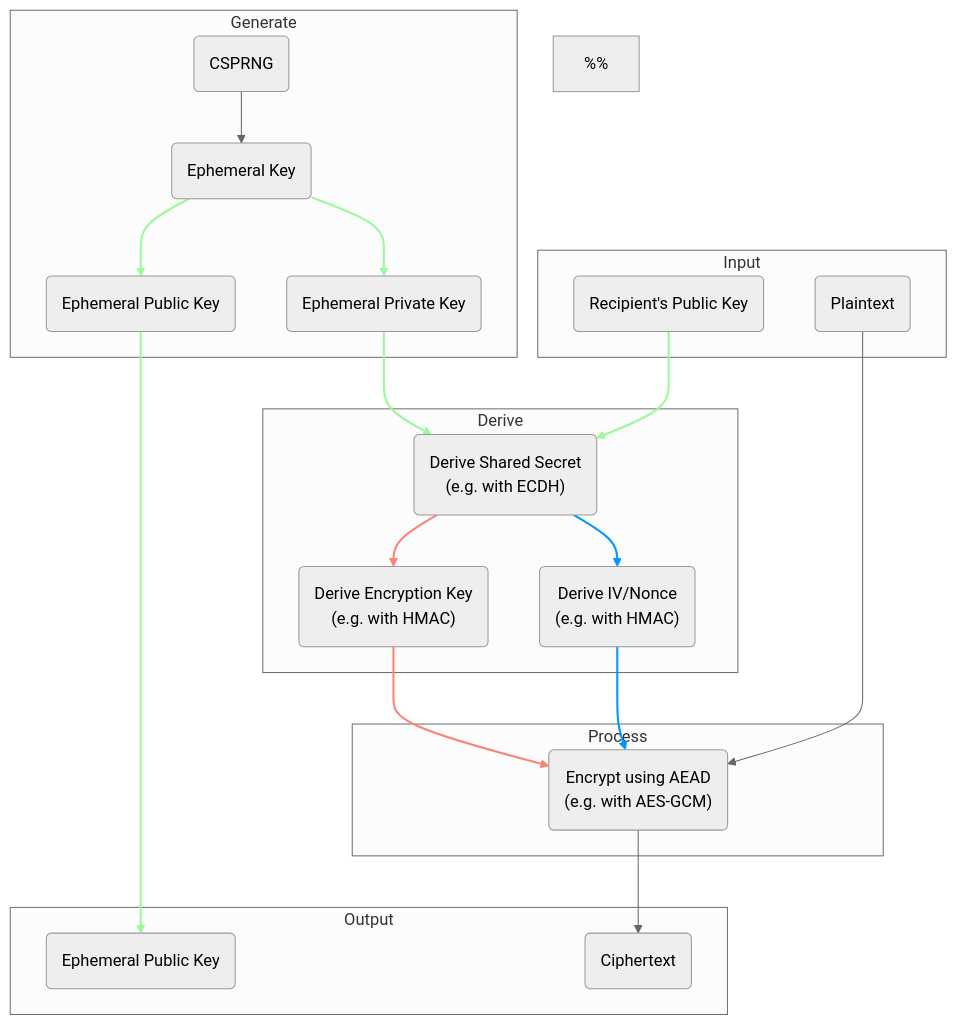
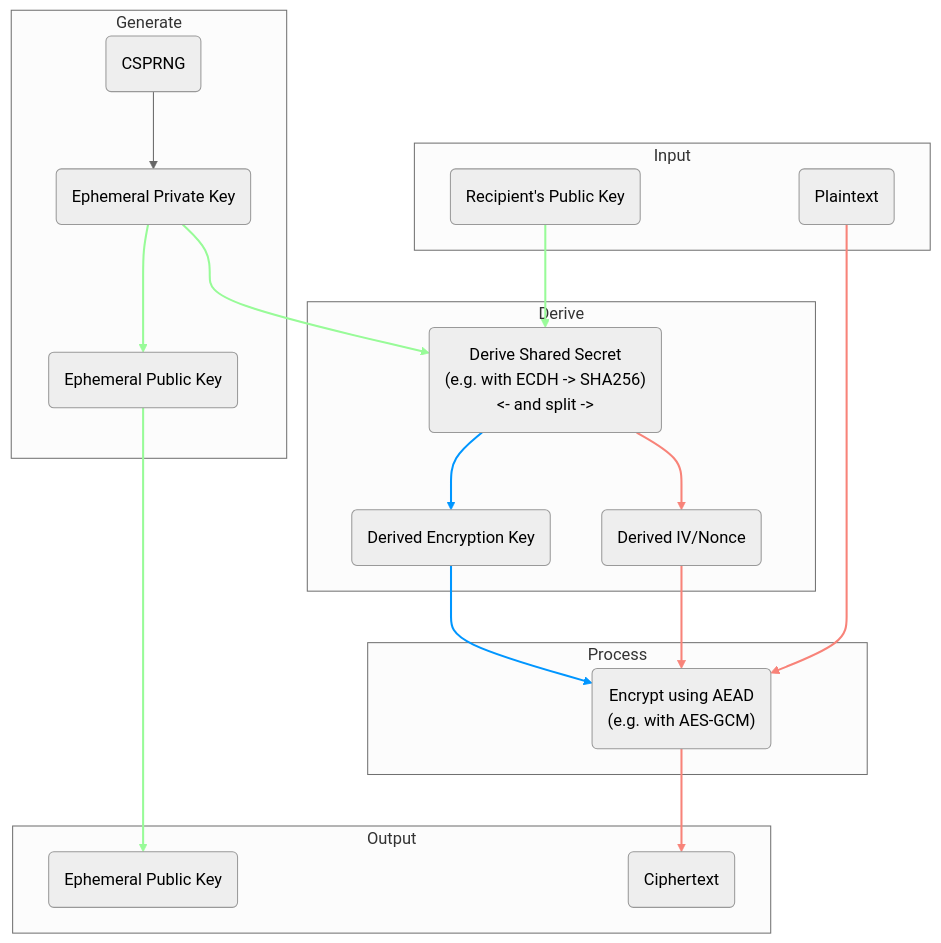
The third of 3 diagrams in README.md (TJRoh01/libes), drawn with Mermaid (neutral theme) before and after one commit. The commit also changed other lines of this file and 2 other files, not shown here.

````diff
--- a/README.md
+++ b/README.md
@@ -202,55 +244,55 @@
 ```mermaid
 graph TB
     subgraph Input
         RK(Recipient's Public Key)
         MSG(Plaintext)
     end
-    %%
+    
     subgraph Generate
         CSPRNG(CSPRNG)
-        EK(Ephemeral Key)
         EK_PUB(Ephemeral Public Key)
         EK_PRI(Ephemeral Private Key)
     end
     
     subgraph Derive
-        DER_FN("Derive Shared Secret</br>(e.g. with ECDH)")
-        DER_IV("Derive IV/Nonce</br>(e.g. with HMAC)")
-        DER_ENC_KEY("Derive Encryption Key</br>(e.g. with HMAC)")
+        DER_FN("Derive Shared Secret</br>(e.g. with ECDH -> SHA256)</br><- and split ->")
+        DER_IV("Derived IV/Nonce")
+        DER_ENC_KEY("Derived Encryption Key")
     end
     
     subgraph Process
         ENC_FN("Encrypt using AEAD</br>(e.g. with AES-GCM)")
     end
     
     subgraph Output
         ENC_OUT(Ciphertext)
         EK_OUT(Ephemeral Public Key)
     end
     
-    CSPRNG --> EK
-    EK --> EK_PUB & EK_PRI
+    CSPRNG --> EK_PRI
+    EK_PRI --> EK_PUB
     EK_PUB --> EK_OUT
     RK --> DER_FN
     EK_PRI --> DER_FN
     DER_FN --> DER_ENC_KEY & DER_IV
     DER_IV --> ENC_FN
     DER_ENC_KEY --> ENC_FN
     MSG --> ENC_FN
     ENC_FN --> ENC_OUT
     
     %% Elliptic Curve Key link colorization
-    linkStyle 1 stroke:#98FB98,stroke-width:2px;
-    linkStyle 2 stroke:#98FB98,stroke-width:2px;
-    linkStyle 3 stroke:#98FB98,stroke-width:2px;
-    linkStyle 4 stroke:#98FB98,stroke-width:2px;
-    linkStyle 5 stroke:#98FB98,stroke-width:2px;
+    linkStyle 1 stroke:#98fb98,stroke-width:2px;
+    linkStyle 2 stroke:#98fb98,stroke-width:2px;
+    linkStyle 3 stroke:#98fb98,stroke-width:2px;
+    linkStyle 4 stroke:#98fb98,stroke-width:2px;
     
-    %% Message Authentication link colorization
-    linkStyle 7 stroke:#0096ff,stroke-width:2px;
+    %% Nonce link colorization
+    linkStyle 5 stroke:#0096ff,stroke-width:2px;
     linkStyle 8 stroke:#0096ff,stroke-width:2px;
     
     %% Encryption link colorization
     linkStyle 6 stroke:#f88379,stroke-width:2px;
+    linkStyle 7 stroke:#f88379,stroke-width:2px;
     linkStyle 9 stroke:#f88379,stroke-width:2px;
+    linkStyle 10 stroke:#f88379,stroke-width:2px;
 ```
````
